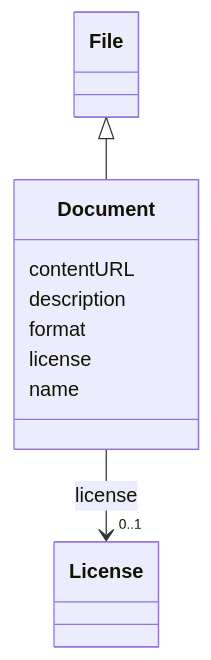
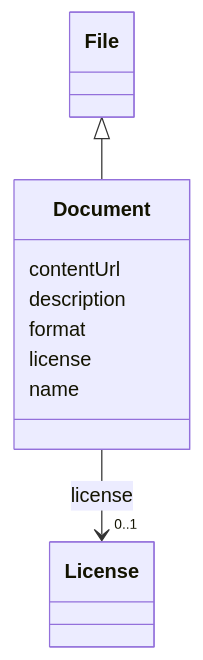
One commit to EVORA-project/evora-ontology changed the diagram in models/docs/Document.md. Above: the diagram before and after it, drawn with Mermaid. The commit also changed other lines of this file and 650 other files, not shown here.

````diff
--- a/models/docs/Document.md
+++ b/models/docs/Document.md
@@ -19,26 +19,26 @@
 ```mermaid
  classDiagram
     class Document
     click Document href "../Document"
       File <|-- Document
         click File href "../File"
       
-      Document : contentURL
+      Document : contentUrl
         
       Document : description
         
       Document : format
         
       Document : license
         
           
     
     
     Document --> "0..1" License : license
     click License href "../License"
 
         
       Document : name
         
       
 ```
````
